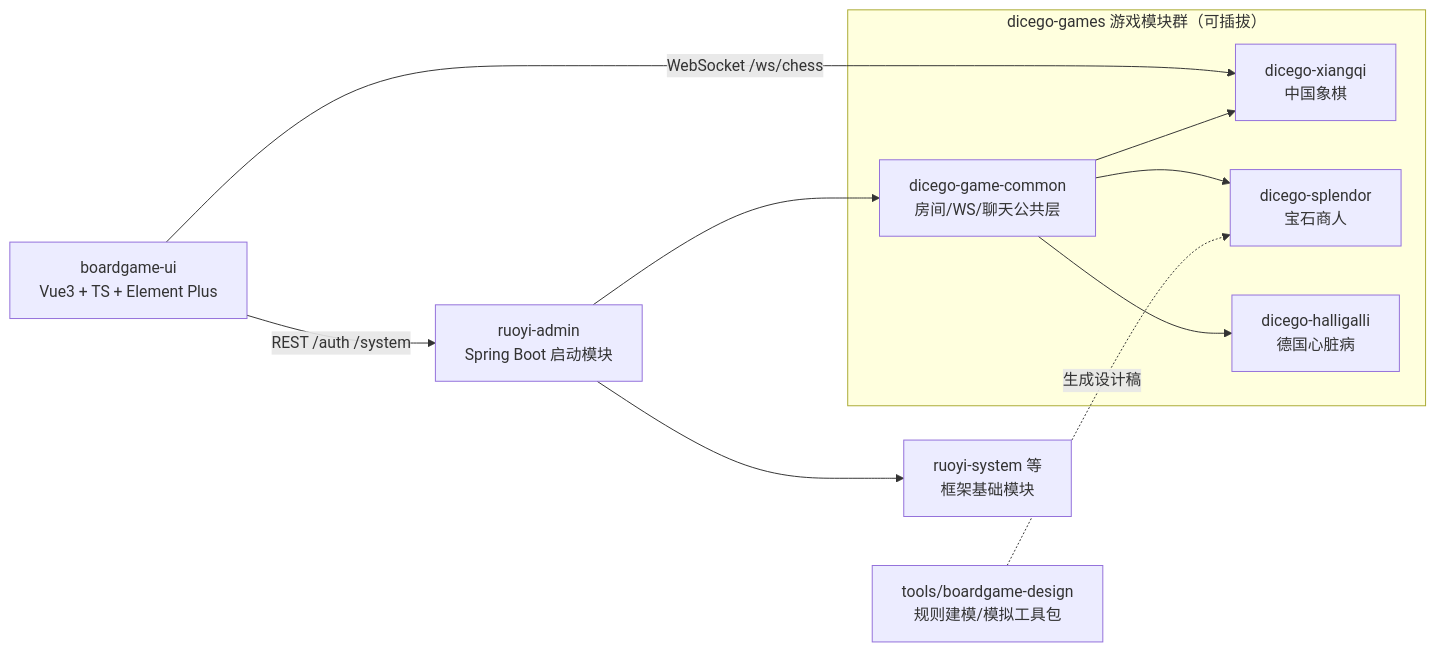
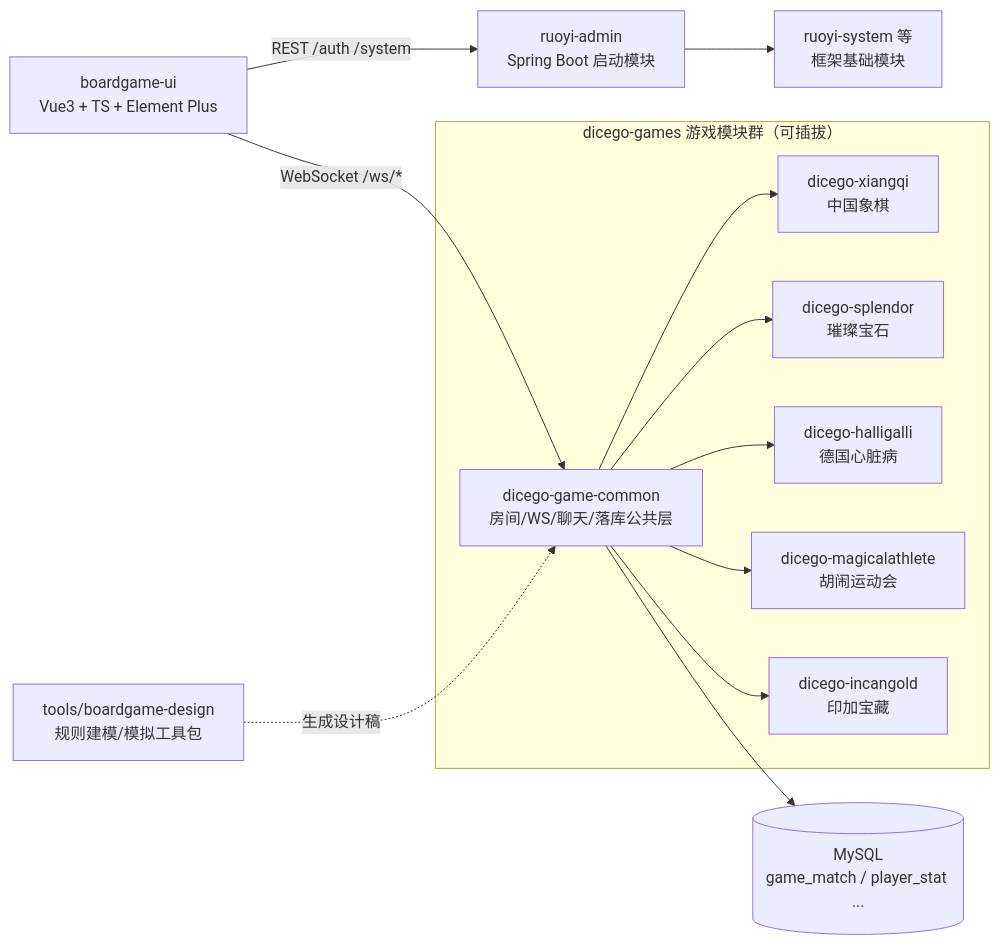
One commit to Lbin26/BoardGame_Online changed the diagram in README.md. Above: the diagram before and after it, drawn with Mermaid. The commit also changed other lines of this file and 78 other files, not shown here.

````diff
--- a/README.md
+++ b/README.md
@@ -35,14 +53,17 @@
 ```mermaid
 graph LR
     UI["boardgame-ui<br/>Vue3 + TS + Element Plus"] -->|REST /auth /system| Admin["ruoyi-admin<br/>Spring Boot 启动模块"]
-    UI -->|WebSocket /ws/chess| Xiangqi
     Admin --> System["ruoyi-system 等<br/>框架基础模块"]
     subgraph Game["dicego-games 游戏模块群（可插拔）"]
-        Common["dicego-game-common<br/>房间/WS/聊天公共层"]
+        Common["dicego-game-common<br/>房间/WS/聊天/落库公共层"]
         Common --> Xiangqi["dicego-xiangqi<br/>中国象棋"]
-        Common --> Splendor["dicego-splendor<br/>宝石商人"]
+        Common --> Splendor["dicego-splendor<br/>璀璨宝石"]
         Common --> HalliGalli["dicego-halligalli<br/>德国心脏病"]
+        Common --> MagicalAthlete["dicego-magicalathlete<br/>胡闹运动会"]
+        Common --> IncanGold["dicego-incangold<br/>印加宝藏"]
     end
-    Admin --> Common
-    Tools["tools/boardgame-design<br/>规则建模/模拟工具包"] -.生成设计稿.-> Splendor
+    UI -->|WebSocket /ws/*| Common
+    DB[("MySQL<br/>game_match / player_stat ...")]
+    Common --> DB
+    Tools["tools/boardgame-design<br/>规则建模/模拟工具包"] -.生成设计稿.-> Common
 ```
````
